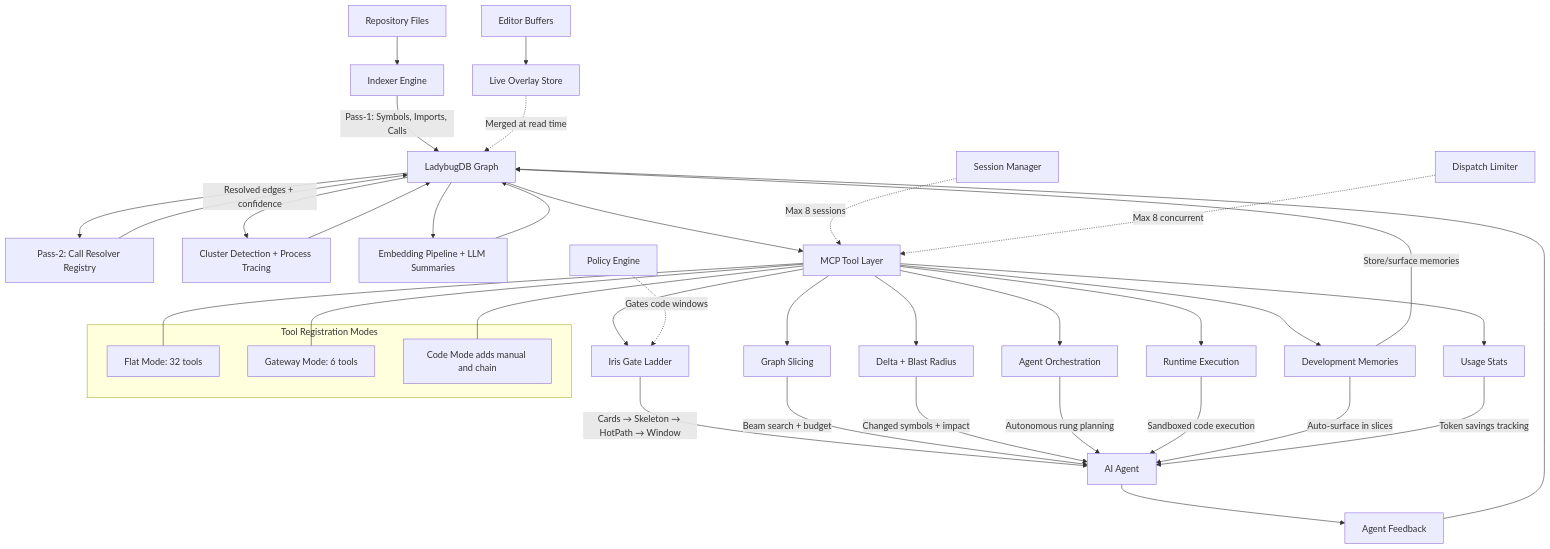
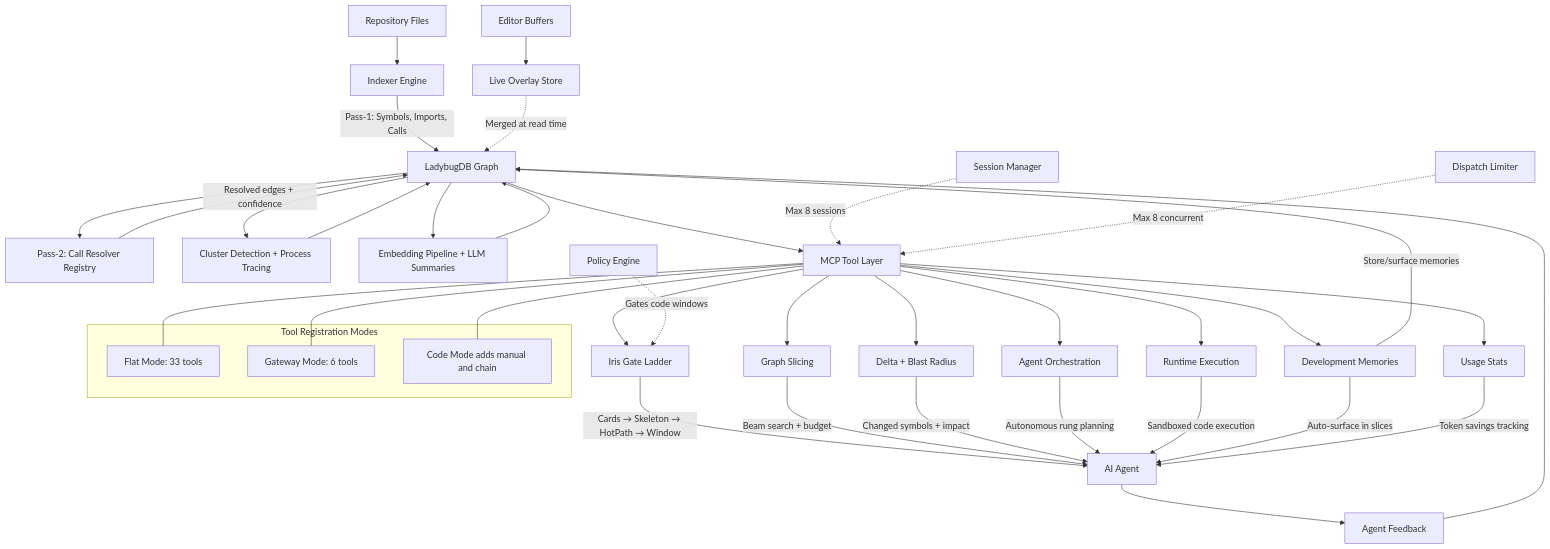
The diagram in docs/architecture.md (GlitterKill/sdl-mcp), drawn with Mermaid before and after one commit. The commit also changed other lines of this file and 19 other files, not shown here.

````diff
--- a/docs/architecture.md
+++ b/docs/architecture.md
@@ -691,57 +734,57 @@
 ```mermaid
 graph TD
     A[Repository Files] --> B[Indexer Engine]
     B --> |Pass-1: Symbols, Imports, Calls| C[LadybugDB Graph]
 
     E[Editor Buffers] --> F[Live Overlay Store]
     F -.-> |Merged at read time| C
 
     C --> G[Pass-2: Call Resolver Registry]
     G --> |Resolved edges + confidence| C
 
     C --> H[Cluster Detection + Process Tracing]
     H --> C
 
     C --> I[Embedding Pipeline + LLM Summaries]
     I --> C
 
     C --> J[MCP Tool Layer]
 
     subgraph Tool Registration Modes
-        J1[Flat Mode: 32 tools]
+        J1[Flat Mode: 33 tools]
         J2[Gateway Mode: 6 tools]
         J3[Code Mode adds manual and chain]
     end
     J --- J1
     J --- J2
     J --- J3
 
     J --> K[Iris Gate Ladder]
     K --> |Cards → Skeleton → HotPath → Window| L[AI Agent]
 
     J --> M[Graph Slicing]
     M --> |Beam search + budget| L
 
     J --> N[Delta + Blast Radius]
     N --> |Changed symbols + impact| L
 
     J --> O[Agent Orchestration]
     O --> |Autonomous rung planning| L
 
     J --> U[Runtime Execution]
     U --> |Sandboxed code execution| L
 
     L --> P[Agent Feedback]
     P --> C
 
     J --> T[Development Memories]
     T --> |Store/surface memories| C
     T --> |Auto-surface in slices| L
 
     J --> V[Usage Stats]
     V --> |Token savings tracking| L
 
     Q[Policy Engine] -.-> |Gates code windows| K
     R[Session Manager] -.-> |Max 8 sessions| J
     S[Dispatch Limiter] -.-> |Max 8 concurrent| J
 ```
````
